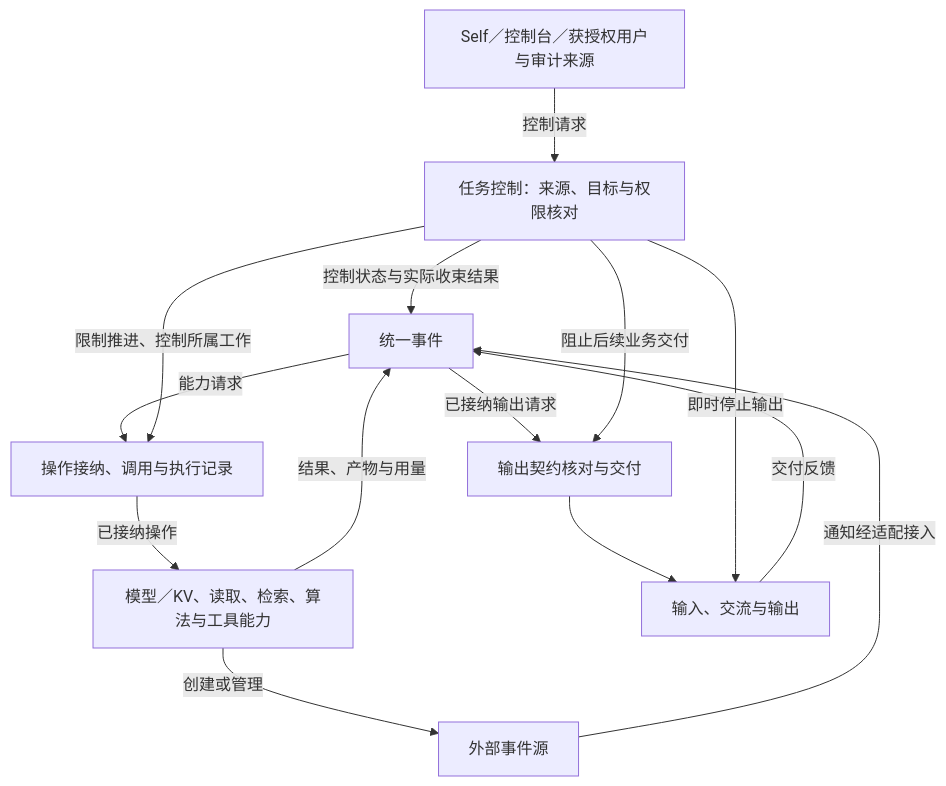
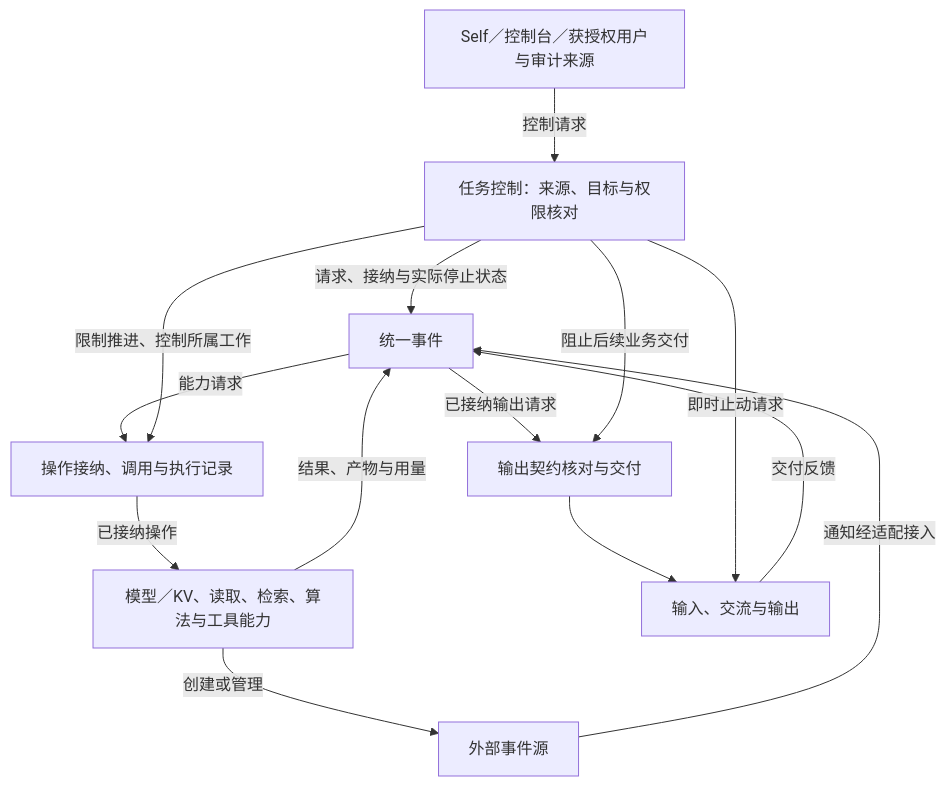
The fifth of 13 diagrams in DESIGN.md (d7z-project/TinyAGI), drawn with Mermaid before and after one commit. The commit also changed other lines of this file and 8 other files, not shown here.

````diff
--- a/DESIGN.md
+++ b/DESIGN.md
@@ -174,16 +174,16 @@
 ```mermaid
 flowchart TB
     Events["统一事件"] -->|"能力请求"| Execution["操作接纳、调用与执行记录"]
     Execution -->|"已接纳操作"| Providers["模型／KV、读取、检索、算法与工具能力"]
     Providers -->|"结果、产物与用量"| Events
     Providers -->|"创建或管理"| Sources["外部事件源"]
     Sources -->|"通知经适配接入"| Events
     Events -->|"已接纳输出请求"| Delivery["输出契约核对与交付"]
     Delivery --> Body["输入、交流与输出"]
     Body -->|"交付反馈"| Events
     Requester["Self／控制台／获授权用户与审计来源"] -->|"控制请求"| Control["任务控制：来源、目标与权限核对"]
     Control -->|"限制推进、控制所属工作"| Execution
     Control -->|"阻止后续业务交付"| Delivery
-    Control -->|"即时停止输出"| Body
-    Control -->|"控制状态与实际收束结果"| Events
+    Control -->|"即时止动请求"| Body
+    Control -->|"请求、接纳与实际停止状态"| Events
 ```
````
